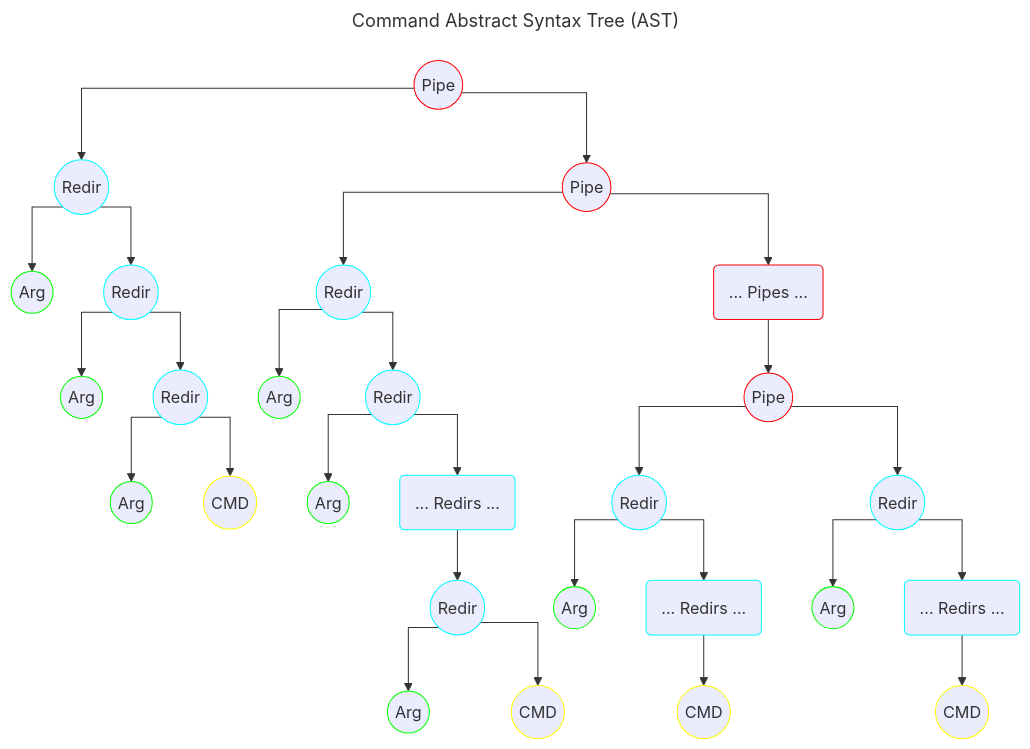
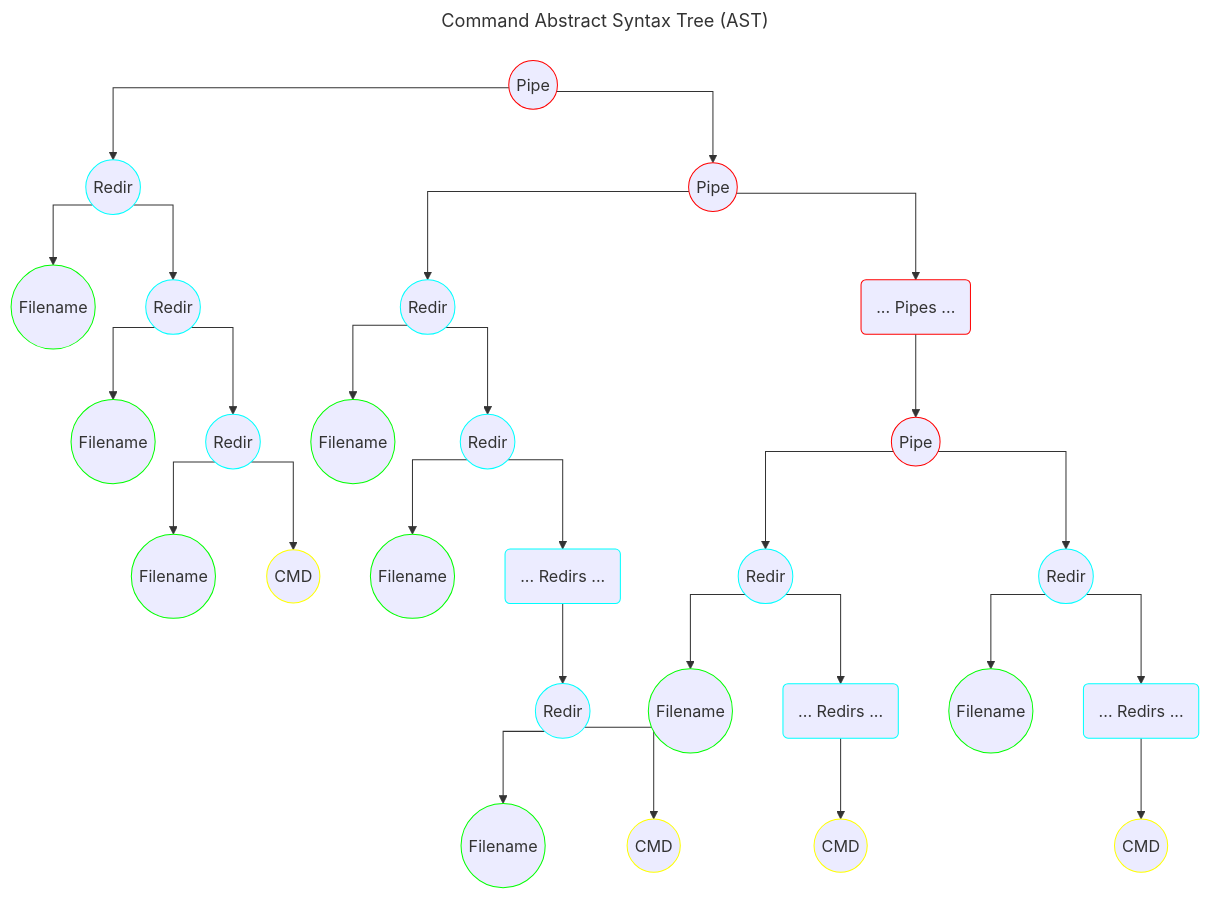
Before and after one commit to 3lsy/minishell: the third of 4 diagrams in docs/README.md, drawn with Mermaid.

````diff
--- a/docs/README.md
+++ b/docs/README.md
@@ -35,37 +35,37 @@
 ```mermaid
 ---
 title: Command Abstract Syntax Tree (AST)
 ---
 %%{ init: { 'flowchart': { 'curve': 'stepAfter' } } }%%
 graph TD
     A((Pipe)):::pipe --> B((Redir)):::redir
     A --> C((Pipe)):::pipe
-    B --> D((Arg)):::arg
+    B --> D((Filename)):::arg
     B --> E((Redir)):::redir
-    E --> EL((Arg)):::arg
+    E --> EL((Filename)):::arg
     E --> ER((Redir)):::redir
-    ER --> EER((Arg)):::arg
+    ER --> EER((Filename)):::arg
     ER --> EEL((CMD)):::cmd
     C --> F((Redir)):::redir
-    F --> FL((Arg)):::arg
+    F --> FL((Filename)):::arg
     F --> FR((Redir)):::redir
-    FR --> FFR((Arg)):::arg
+    FR --> FFR((Filename)):::arg
     FR --> FFL(... Redirs ...):::redir
     FFL --> FFFL((Redir)):::redir
-    FFFL --> FFFR((Arg)):::arg
+    FFFL --> FFFR((Filename)):::arg
     FFFL --> FFFFL((CMD)):::cmd
     C --> G(... Pipes ...):::pipe
     G --> H((Pipe)):::pipe
     H --> HL((Redir)):::redir
-    HL --> HR((Arg)):::arg
+    HL --> HR((Filename)):::arg
     H --> I((Redir)):::redir
-    I --> IR((Arg)):::arg
+    I --> IR((Filename)):::arg
     I --> IL(... Redirs ...):::redir
     IL --> IIL((CMD)):::cmd
     HL --> HHL(... Redirs ...):::redir
     HHL --> HHHL((CMD)):::cmd
     classDef pipe stroke:#f00
     classDef arg stroke:#0f0
     classDef cmd stroke:#ff0
     classDef redir stroke:#0ff
 ```
````
